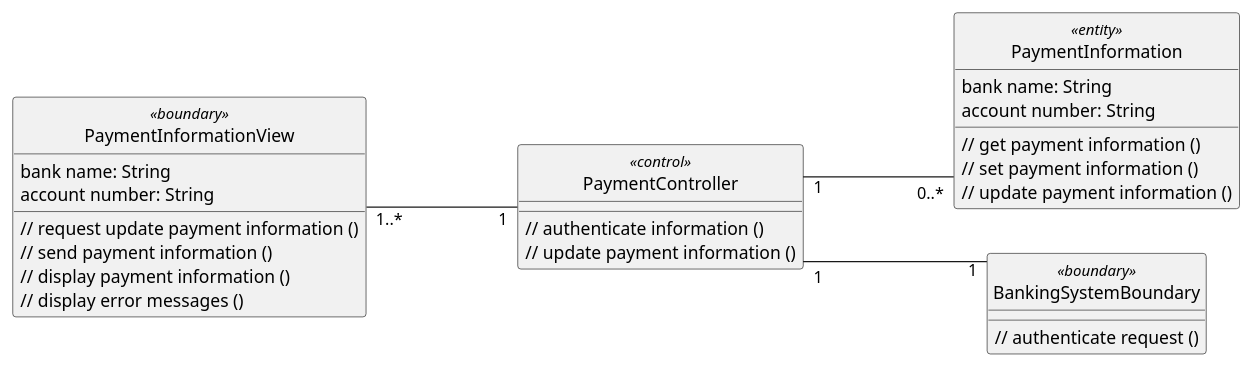
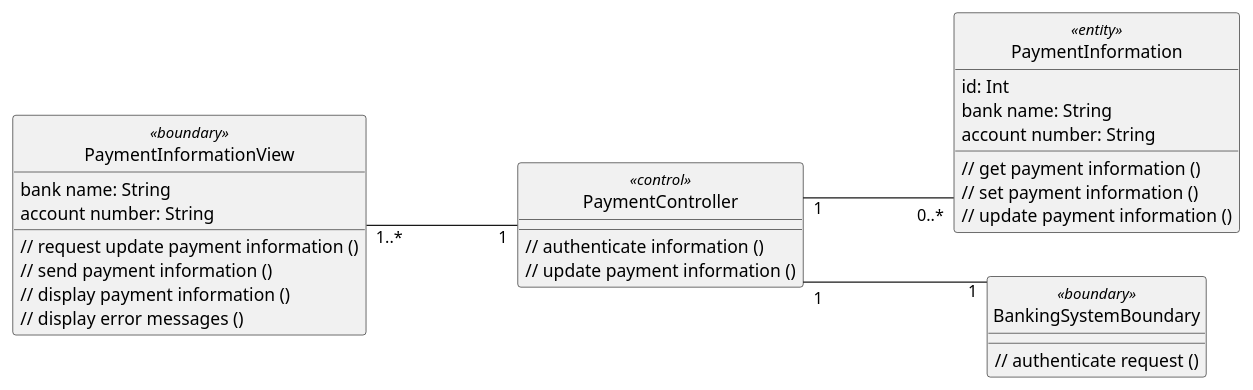
Before and after one commit to anhbanlinhle/velocity-exchange: the diagram in uml/analysis/class/update_payment_information.pu, drawn with PlantUML. The commit also changed 5 other files, not shown here.

```diff
--- a/uml/analysis/class/update_payment_information.pu
+++ b/uml/analysis/class/update_payment_information.pu
@@ -1,49 +1,50 @@
 @startuml 
 skinparam classAttributeIconSize 0
 skinparam linetype ortho
 left to right direction
 hide circle
 class PaymentInformationView <<boundary>> {
     bank name: String
     account number: String
 
     // request update payment information ()
     // send payment information ()
     // display payment information ()
     // display error messages ()
 
     }
 
 class PaymentController <<control>> {
     
 
     // authenticate information ()
     // update payment information ()
 
     }
 
 class PaymentInformation <<entity>> {
+    id: Int
     bank name: String
     account number: String
 
     // get payment information ()
     // set payment information ()
     // update payment information ()
 
     }
 
 class BankingSystemBoundary <<boundary>> {
     
 
     // authenticate request ()
 
 
     }
 
 PaymentInformationView "1..*" --- "1" PaymentController
 
 PaymentController "1" --- "0..*" PaymentInformation
 
 PaymentController "1" --- "1" BankingSystemBoundary
 
 @enduml
```
